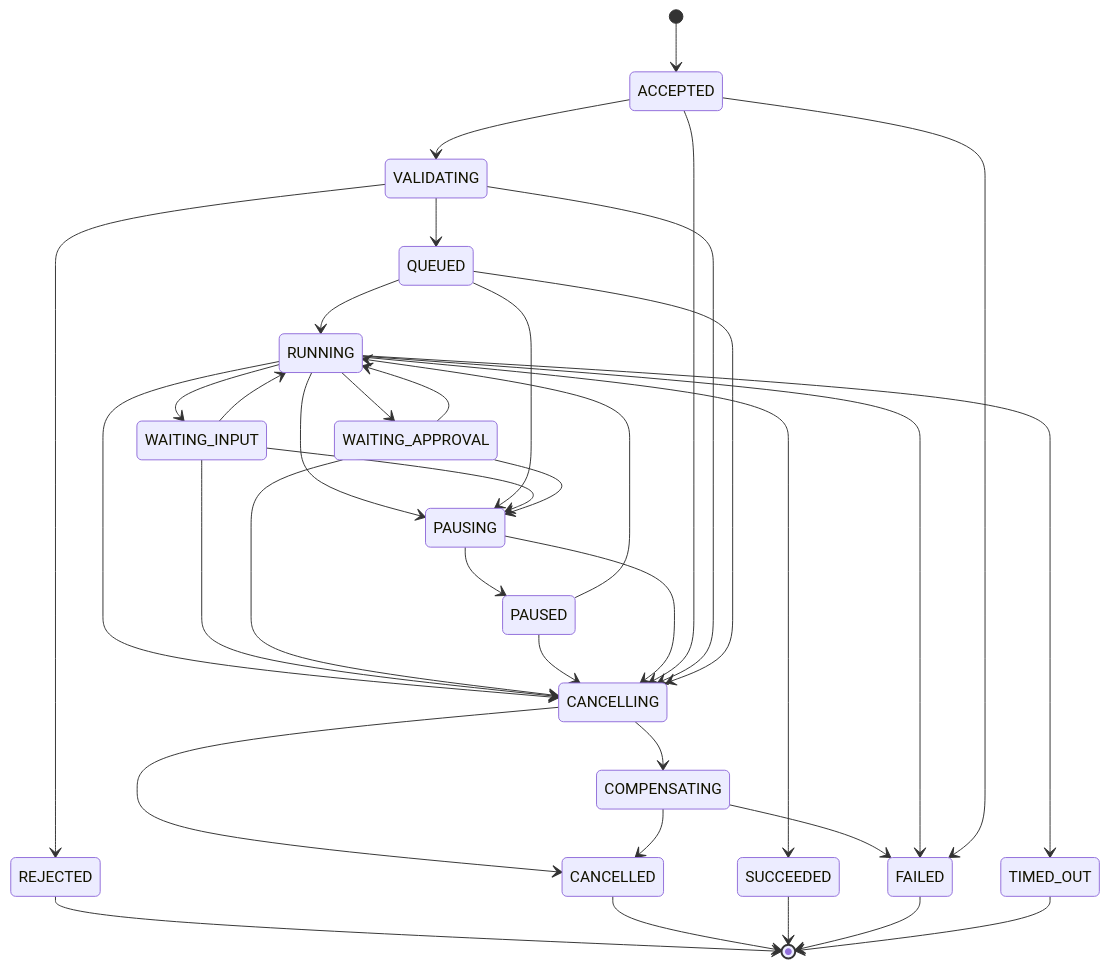
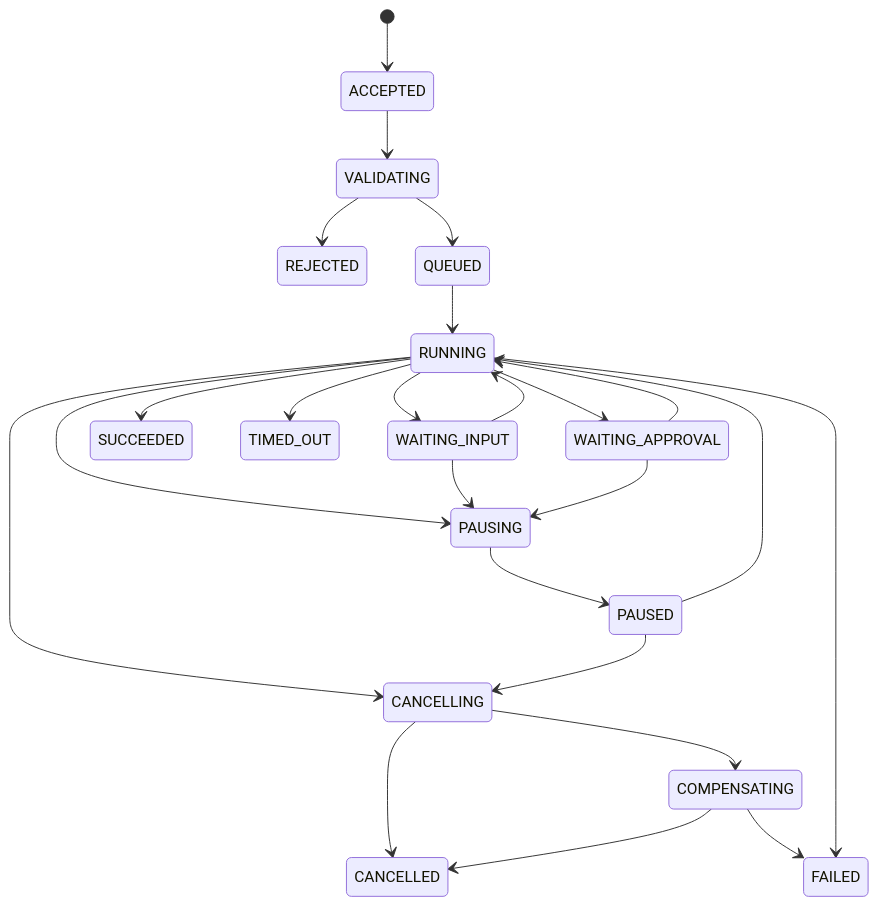
One commit to BlueX888/SwarmCore changed the second of 2 diagrams in docs/swarmcore-system-design.md. Above: the diagram before and after it, drawn with Mermaid. The commit also changed other lines of this file and 92 other files, not shown here.

```diff
--- a/docs/swarmcore-system-design.md
+++ b/docs/swarmcore-system-design.md
@@ -717,39 +145,26 @@
 ~~~mermaid
 stateDiagram-v2
     [*] --> ACCEPTED
     ACCEPTED --> VALIDATING
     VALIDATING --> REJECTED
     VALIDATING --> QUEUED
     QUEUED --> RUNNING
     RUNNING --> WAITING_INPUT
     RUNNING --> WAITING_APPROVAL
     RUNNING --> PAUSING
-    QUEUED --> PAUSING
     WAITING_INPUT --> PAUSING
     WAITING_APPROVAL --> PAUSING
     PAUSING --> PAUSED
     PAUSED --> RUNNING
     WAITING_INPUT --> RUNNING
     WAITING_APPROVAL --> RUNNING
     RUNNING --> CANCELLING
-    WAITING_INPUT --> CANCELLING
-    WAITING_APPROVAL --> CANCELLING
     PAUSED --> CANCELLING
-    PAUSING --> CANCELLING
-    ACCEPTED --> CANCELLING
-    VALIDATING --> CANCELLING
-    QUEUED --> CANCELLING
+    CANCELLING --> COMPENSATING
     CANCELLING --> CANCELLED
-    CANCELLING --> COMPENSATING
     COMPENSATING --> CANCELLED
     COMPENSATING --> FAILED
     RUNNING --> SUCCEEDED
     RUNNING --> FAILED
     RUNNING --> TIMED_OUT
-    ACCEPTED --> FAILED
-    REJECTED --> [*]
-    CANCELLED --> [*]
-    SUCCEEDED --> [*]
-    FAILED --> [*]
-    TIMED_OUT --> [*]
 ~~~
```
